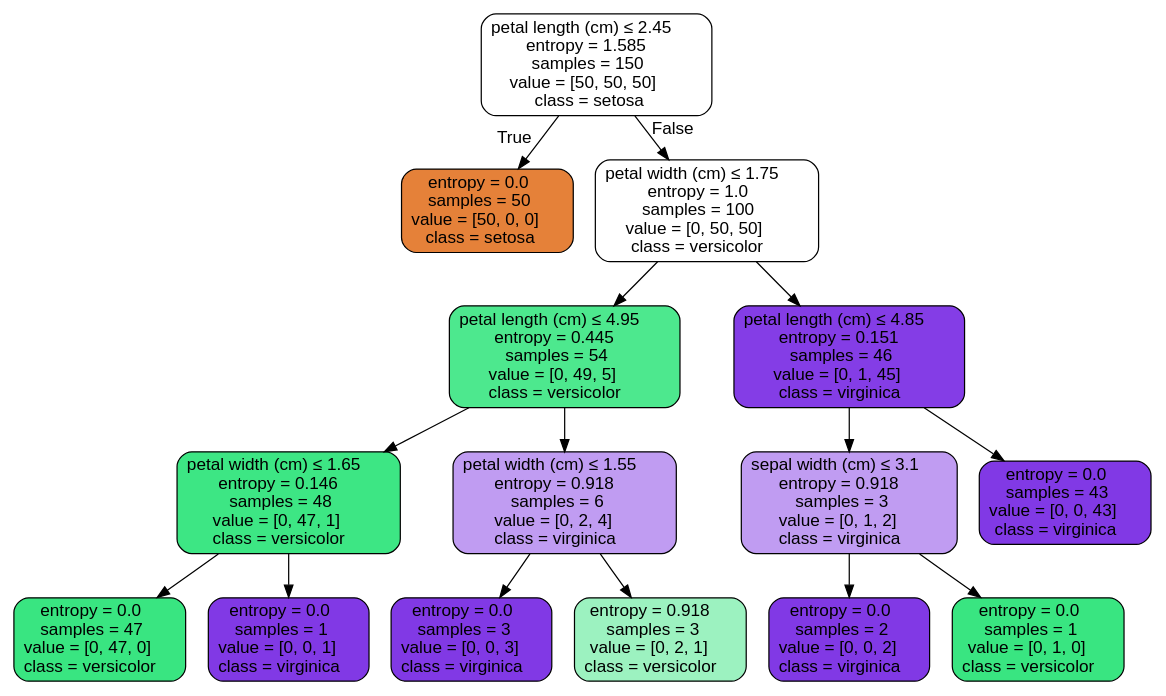
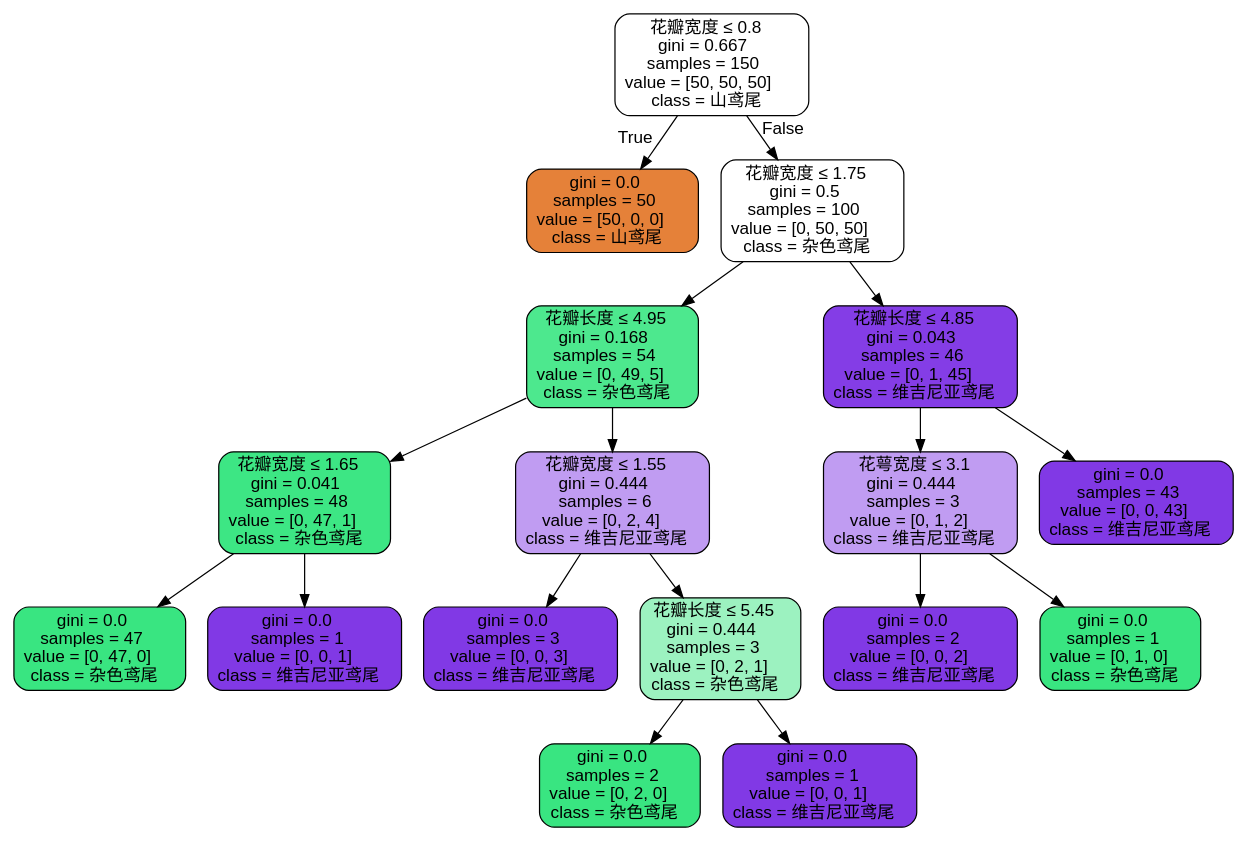
The diagram in python/Source.gv (Avanti1980/course-ml), drawn with Graphviz before and after one commit. The commit also changed 12 other files, not shown here.

```diff
--- a/python/Source.gv
+++ b/python/Source.gv
@@ -1,33 +1,37 @@
 digraph Tree {
 node [shape=box, style="filled, rounded", color="black", fontname="helvetica"] ;
 edge [fontname="helvetica"] ;
-0 [label=<petal length (cm) &le; 2.45<br/>entropy = 1.585<br/>samples = 150<br/>value = [50, 50, 50]<br/>class = setosa>, fillcolor="#ffffff"] ;
-1 [label=<entropy = 0.0<br/>samples = 50<br/>value = [50, 0, 0]<br/>class = setosa>, fillcolor="#e58139"] ;
+0 [label=<花瓣宽度 &le; 0.8<br/>gini = 0.667<br/>samples = 150<br/>value = [50, 50, 50]<br/>class = 山鸢尾>, fillcolor="#ffffff"] ;
+1 [label=<gini = 0.0<br/>samples = 50<br/>value = [50, 0, 0]<br/>class = 山鸢尾>, fillcolor="#e58139"] ;
 0 -> 1 [labeldistance=2.5, labelangle=45, headlabel="True"] ;
-2 [label=<petal width (cm) &le; 1.75<br/>entropy = 1.0<br/>samples = 100<br/>value = [0, 50, 50]<br/>class = versicolor>, fillcolor="#ffffff"] ;
+2 [label=<花瓣宽度 &le; 1.75<br/>gini = 0.5<br/>samples = 100<br/>value = [0, 50, 50]<br/>class = 杂色鸢尾>, fillcolor="#ffffff"] ;
 0 -> 2 [labeldistance=2.5, labelangle=-45, headlabel="False"] ;
-3 [label=<petal length (cm) &le; 4.95<br/>entropy = 0.445<br/>samples = 54<br/>value = [0, 49, 5]<br/>class = versicolor>, fillcolor="#4de88e"] ;
+3 [label=<花瓣长度 &le; 4.95<br/>gini = 0.168<br/>samples = 54<br/>value = [0, 49, 5]<br/>class = 杂色鸢尾>, fillcolor="#4de88e"] ;
 2 -> 3 ;
-4 [label=<petal width (cm) &le; 1.65<br/>entropy = 0.146<br/>samples = 48<br/>value = [0, 47, 1]<br/>class = versicolor>, fillcolor="#3de684"] ;
+4 [label=<花瓣宽度 &le; 1.65<br/>gini = 0.041<br/>samples = 48<br/>value = [0, 47, 1]<br/>class = 杂色鸢尾>, fillcolor="#3de684"] ;
 3 -> 4 ;
-5 [label=<entropy = 0.0<br/>samples = 47<br/>value = [0, 47, 0]<br/>class = versicolor>, fillcolor="#39e581"] ;
+5 [label=<gini = 0.0<br/>samples = 47<br/>value = [0, 47, 0]<br/>class = 杂色鸢尾>, fillcolor="#39e581"] ;
 4 -> 5 ;
-6 [label=<entropy = 0.0<br/>samples = 1<br/>value = [0, 0, 1]<br/>class = virginica>, fillcolor="#8139e5"] ;
+6 [label=<gini = 0.0<br/>samples = 1<br/>value = [0, 0, 1]<br/>class = 维吉尼亚鸢尾>, fillcolor="#8139e5"] ;
 4 -> 6 ;
-7 [label=<petal width (cm) &le; 1.55<br/>entropy = 0.918<br/>samples = 6<br/>value = [0, 2, 4]<br/>class = virginica>, fillcolor="#c09cf2"] ;
+7 [label=<花瓣宽度 &le; 1.55<br/>gini = 0.444<br/>samples = 6<br/>value = [0, 2, 4]<br/>class = 维吉尼亚鸢尾>, fillcolor="#c09cf2"] ;
 3 -> 7 ;
-8 [label=<entropy = 0.0<br/>samples = 3<br/>value = [0, 0, 3]<br/>class = virginica>, fillcolor="#8139e5"] ;
+8 [label=<gini = 0.0<br/>samples = 3<br/>value = [0, 0, 3]<br/>class = 维吉尼亚鸢尾>, fillcolor="#8139e5"] ;
 7 -> 8 ;
-9 [label=<entropy = 0.918<br/>samples = 3<br/>value = [0, 2, 1]<br/>class = versicolor>, fillcolor="#9cf2c0"] ;
+9 [label=<花瓣长度 &le; 5.45<br/>gini = 0.444<br/>samples = 3<br/>value = [0, 2, 1]<br/>class = 杂色鸢尾>, fillcolor="#9cf2c0"] ;
 7 -> 9 ;
-10 [label=<petal length (cm) &le; 4.85<br/>entropy = 0.151<br/>samples = 46<br/>value = [0, 1, 45]<br/>class = virginica>, fillcolor="#843de6"] ;
-2 -> 10 ;
-11 [label=<sepal width (cm) &le; 3.1<br/>entropy = 0.918<br/>samples = 3<br/>value = [0, 1, 2]<br/>class = virginica>, fillcolor="#c09cf2"] ;
-10 -> 11 ;
-12 [label=<entropy = 0.0<br/>samples = 2<br/>value = [0, 0, 2]<br/>class = virginica>, fillcolor="#8139e5"] ;
-11 -> 12 ;
-13 [label=<entropy = 0.0<br/>samples = 1<br/>value = [0, 1, 0]<br/>class = versicolor>, fillcolor="#39e581"] ;
-11 -> 13 ;
-14 [label=<entropy = 0.0<br/>samples = 43<br/>value = [0, 0, 43]<br/>class = virginica>, fillcolor="#8139e5"] ;
-10 -> 14 ;
+10 [label=<gini = 0.0<br/>samples = 2<br/>value = [0, 2, 0]<br/>class = 杂色鸢尾>, fillcolor="#39e581"] ;
+9 -> 10 ;
+11 [label=<gini = 0.0<br/>samples = 1<br/>value = [0, 0, 1]<br/>class = 维吉尼亚鸢尾>, fillcolor="#8139e5"] ;
+9 -> 11 ;
+12 [label=<花瓣长度 &le; 4.85<br/>gini = 0.043<br/>samples = 46<br/>value = [0, 1, 45]<br/>class = 维吉尼亚鸢尾>, fillcolor="#843de6"] ;
+2 -> 12 ;
+13 [label=<花萼宽度 &le; 3.1<br/>gini = 0.444<br/>samples = 3<br/>value = [0, 1, 2]<br/>class = 维吉尼亚鸢尾>, fillcolor="#c09cf2"] ;
+12 -> 13 ;
+14 [label=<gini = 0.0<br/>samples = 2<br/>value = [0, 0, 2]<br/>class = 维吉尼亚鸢尾>, fillcolor="#8139e5"] ;
+13 -> 14 ;
+15 [label=<gini = 0.0<br/>samples = 1<br/>value = [0, 1, 0]<br/>class = 杂色鸢尾>, fillcolor="#39e581"] ;
+13 -> 15 ;
+16 [label=<gini = 0.0<br/>samples = 43<br/>value = [0, 0, 43]<br/>class = 维吉尼亚鸢尾>, fillcolor="#8139e5"] ;
+12 -> 16 ;
 }
```
